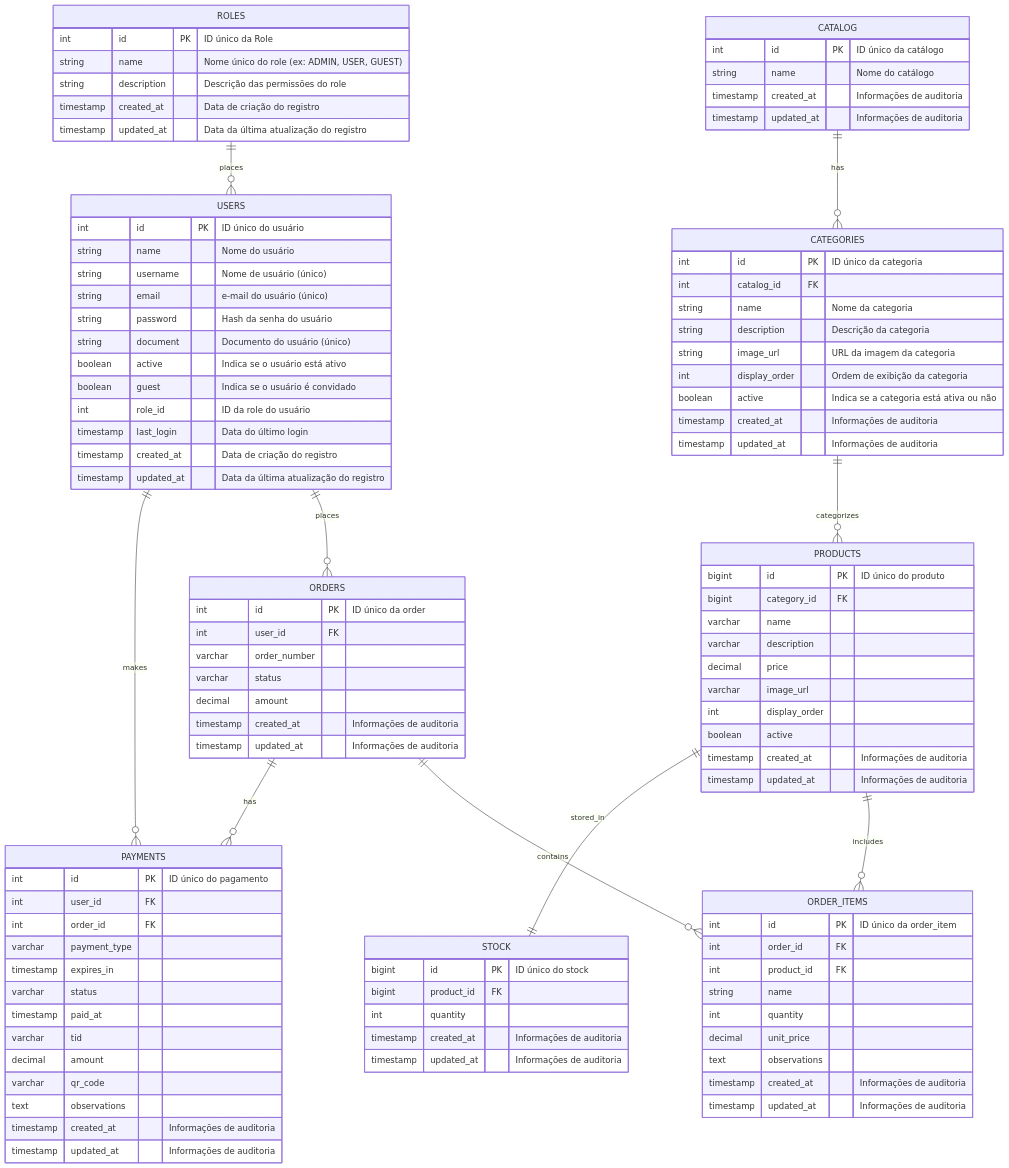
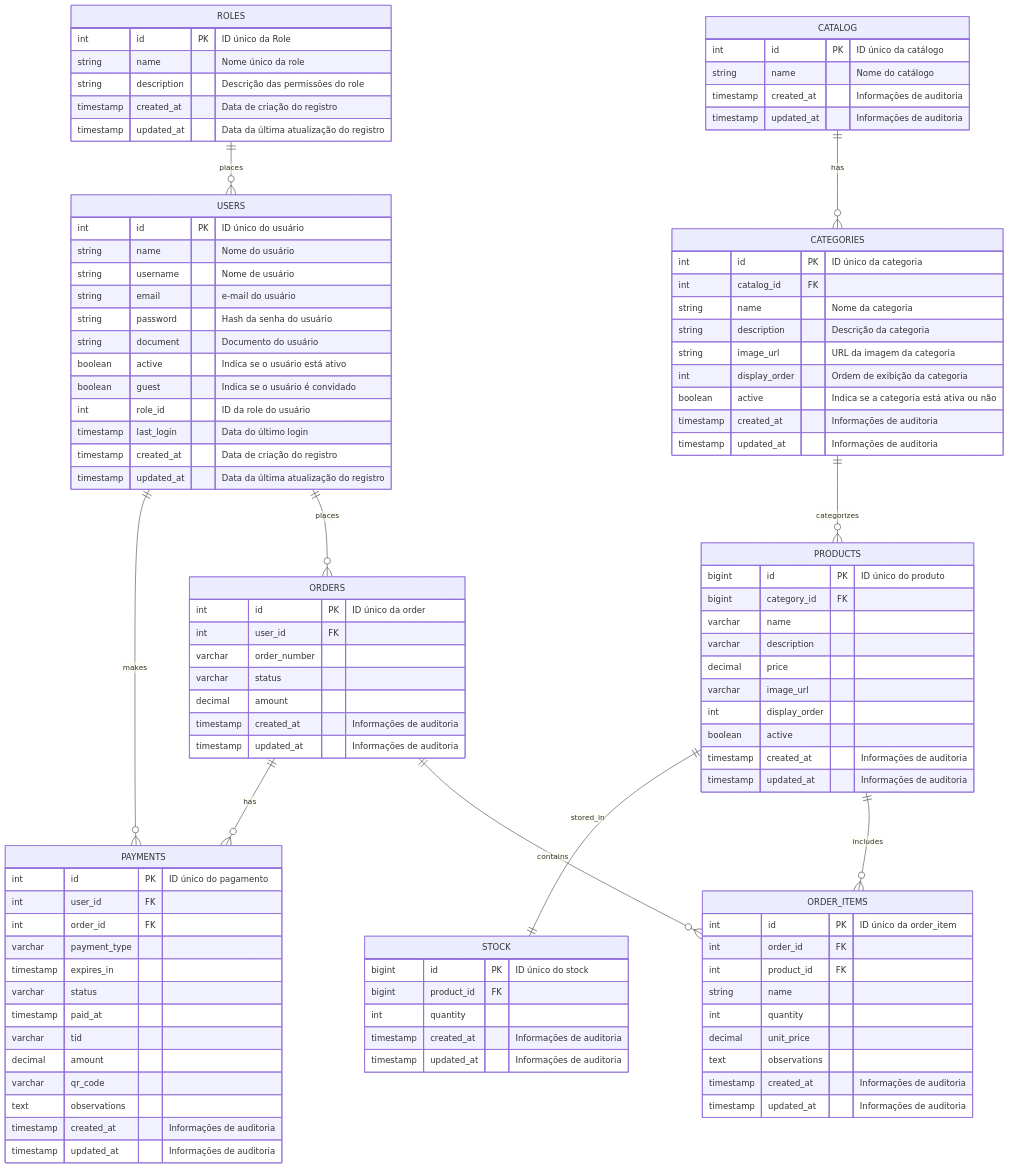
Before and after one commit to FIAP-SOAT-TECH-TEAM/foodcore-api: the fourth of 9 diagrams in README.md, drawn with Mermaid. The commit also changed other lines of this file, not shown here.

Commit message:
correções

```diff
--- a/README.md
+++ b/README.md
@@ -255,10 +254,10 @@
     USERS {
         int id PK "ID único do usuário"
         string name "Nome do usuário"
-        string username "Nome de usuário (único)"
-        string email "e-mail do usuário (único)"
+        string username "Nome de usuário"
+        string email "e-mail do usuário"
         string password "Hash da senha do usuário"
-        string document "Documento do usuário (único)"
+        string document "Documento do usuário"
         boolean active "Indica se o usuário está ativo"
         boolean guest "Indica se o usuário é convidado"
         int role_id "ID da role do usuário"
@@ -269,7 +268,7 @@
 
     ROLES {
         int id PK "ID único da Role"
-        string name "Nome único do role (ex: ADMIN, USER, GUEST)"
+        string name "Nome único da role"
         string description "Descrição das permissões do role"
         timestamp created_at "Data de criação do registro"
         timestamp updated_at "Data da última atualização do registro"
```
